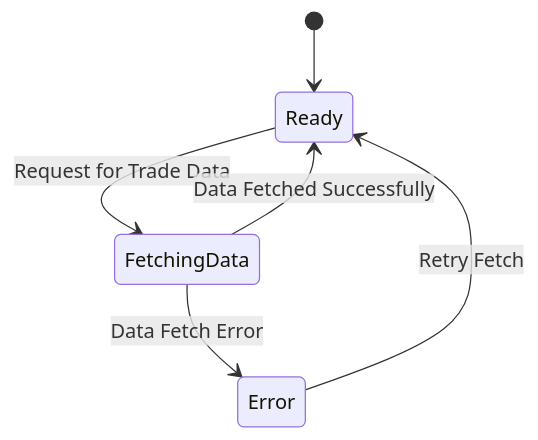
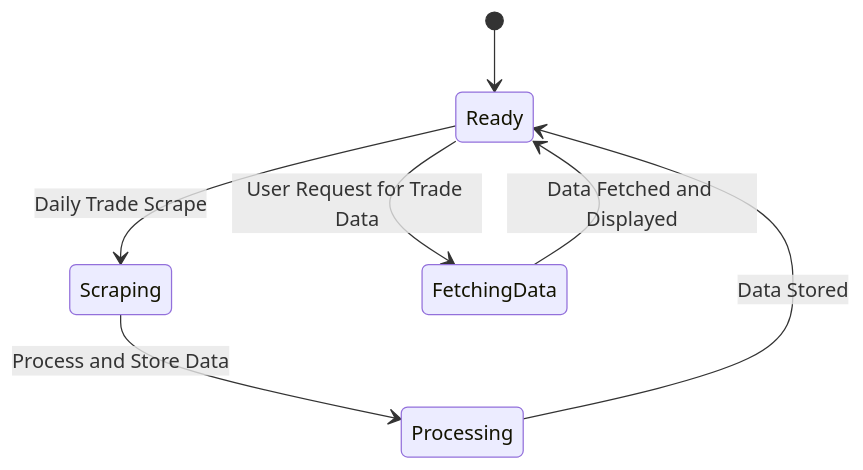
One commit to plaartz/capitol-gains changed the fourth of 5 diagrams in README.md. Above: the diagram before and after it, drawn with Mermaid. The commit also changed other lines of this file, not shown here.

Commit message:
Committing README.md to check diagram formatting

````diff
--- a/README.md
+++ b/README.md
@@ -92,8 +99,9 @@
 ```mermaid
 stateDiagram
     [*] --> Ready
-    Ready --> FetchingData : Request for Trade Data
-    FetchingData --> Ready : Data Fetched Successfully
-    FetchingData --> Error : Data Fetch Error
-    Error --> Ready : Retry Fetch
+    Ready --> Scraping : Daily Trade Scrape
+    Scraping --> Processing : Process and Store Data
+    Processing --> Ready : Data Stored
+    Ready --> FetchingData : User Request for Trade Data
+    FetchingData --> Ready : Data Fetched and Displayed
 ```
````
